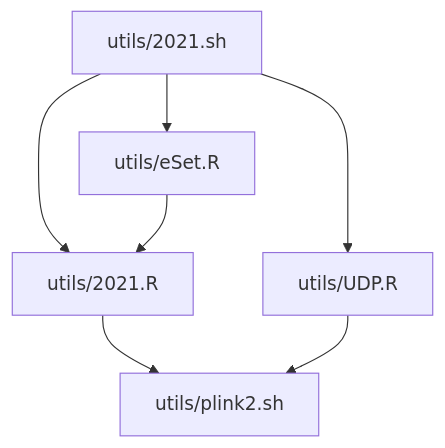
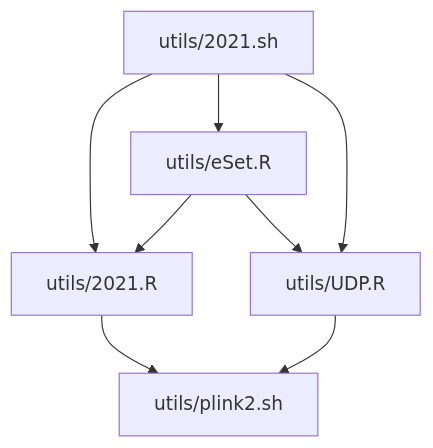
The second of 2 diagrams in docs/README.md (jinghuazhao/Caprion), drawn with Mermaid before and after one commit.

````diff
--- a/docs/README.md
+++ b/docs/README.md
@@ -51,10 +51,11 @@
 ```mermaid
 graph TB
 utils/2021.sh
 utils/2021.sh --> utils/eSet.R
 utils/2021.sh --> utils/2021.R
 utils/2021.R --> utils/plink2.sh
 utils/eSet.R --> utils/2021.R
+utils/eSet.R --> utils/UDP.R
 utils/2021.sh --> utils/UDP.R
 utils/UDP.R --> utils/plink2.sh
 ```
````
